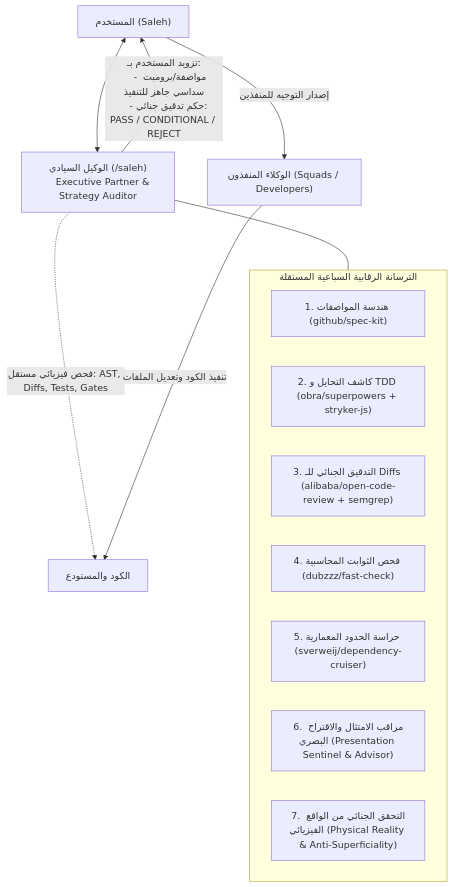
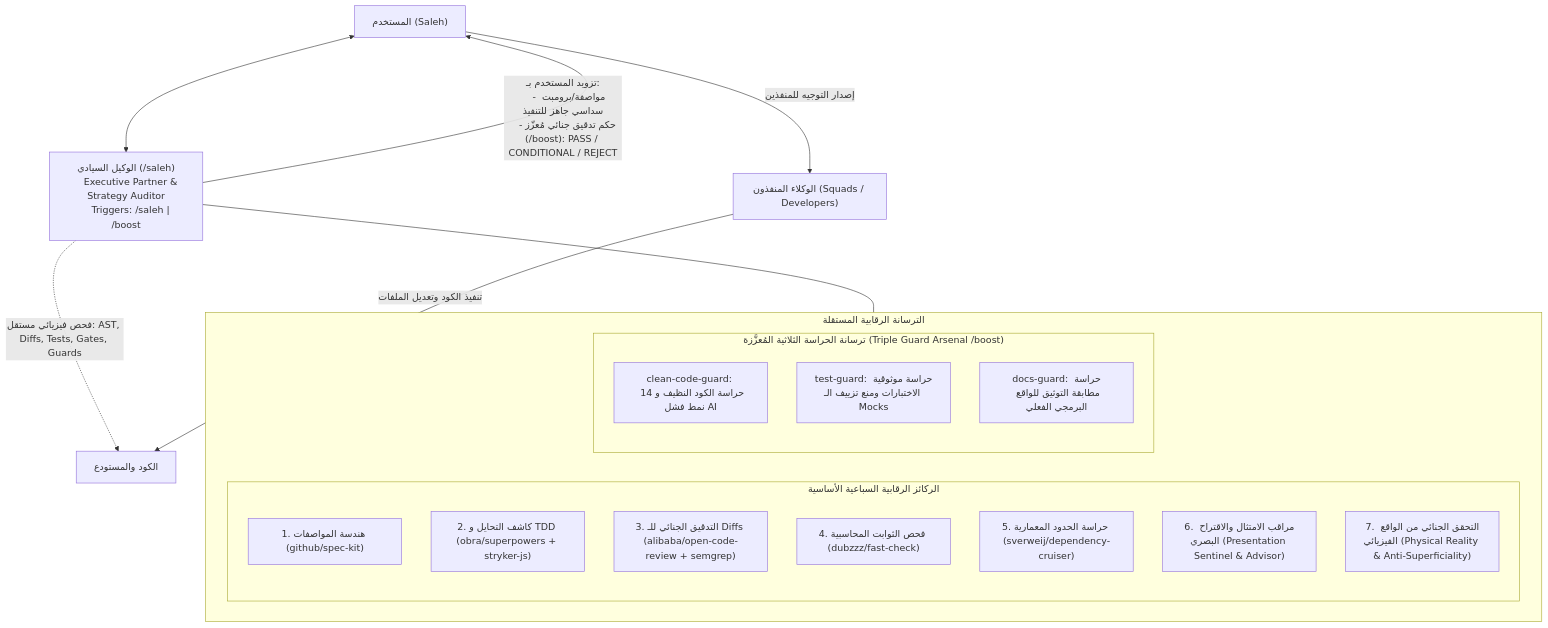
The diagram in .agents/skills/saleh/SKILL.md (SalehOsman/Alsaada-Smart-Bot), drawn with Mermaid before and after one commit. The commit also changed other lines of this file and 103 other files, not shown here.

````diff
--- a/.agents/skills/saleh/SKILL.md
+++ b/.agents/skills/saleh/SKILL.md
@@ -34,23 +35,32 @@
 ```mermaid
 flowchart TD
     User["المستخدم (Saleh)"] <--> SalehAgent["الوكيل السيادي (/saleh)
-    Executive Partner & Strategy Auditor"]
+    Executive Partner & Strategy Auditor
+    Triggers: /saleh | /boost"]
 
-    subgraph Armory["الترسانة الرقابية السباعية المستقلة"]
-        M1["1. هندسة المواصفات (github/spec-kit)"]
-        M2["2. كاشف التحايل و TDD (obra/superpowers + stryker-js)"]
-        M3["3. التدقيق الجنائي للـ Diffs (alibaba/open-code-review + semgrep)"]
-        M4["4. فحص الثوابت المحاسبية (dubzzz/fast-check)"]
-        M5["5. حراسة الحدود المعمارية (sverweij/dependency-cruiser)"]
-        M6["6. مراقب الامتثال والاقتراح البصري (Presentation Sentinel & Advisor)"]
-        M7["7. التحقق الجنائي من الواقع الفيزيائي (Physical Reality & Anti-Superficiality)"]
+    subgraph Armory["الترسانة الرقابية المستقلة"]
+        subgraph Core["الركائز الرقابية السباعية الأساسية"]
+            M1["1. هندسة المواصفات (github/spec-kit)"]
+            M2["2. كاشف التحايل و TDD (obra/superpowers + stryker-js)"]
+            M3["3. التدقيق الجنائي للـ Diffs (alibaba/open-code-review + semgrep)"]
+            M4["4. فحص الثوابت المحاسبية (dubzzz/fast-check)"]
+            M5["5. حراسة الحدود المعمارية (sverweij/dependency-cruiser)"]
+            M6["6. مراقب الامتثال والاقتراح البصري (Presentation Sentinel & Advisor)"]
+            M7["7. التحقق الجنائي من الواقع الفيزيائي (Physical Reality & Anti-Superficiality)"]
+        end
+
+        subgraph TripleGuard["ترسانة الحراسة الثلاثية المُعزَّزة (Triple Guard Arsenal /boost)"]
+            G1["clean-code-guard: حراسة الكود النظيف و 14 نمط فشل AI"]
+            G2["test-guard: حراسة موثوقية الاختبارات ومنع تزييف الـ Mocks"]
+            G3["docs-guard: حراسة مطابقة التوثيق للواقع البرمجي الفعلي"]
+        end
     end
 
     SalehAgent --- Armory
-    SalehAgent -.->|"فحص فيزيائي مستقل: AST, Diffs, Tests, Gates"| Codebase["الكود والمستودع"]
+    SalehAgent -.->|"فحص فيزيائي مستقل: AST, Diffs, Tests, Gates, Guards"| Codebase["الكود والمستودع"]
     SalehAgent -->|"تزويد المستخدم بـ:
     - مواصفة/برومبت سداسي جاهز للتنفيذ
-    - حكم تدقيق جنائي: PASS / CONDITIONAL / REJECT"| User
+    - حكم تدقيق جنائي مُعزّز (/boost): PASS / CONDITIONAL / REJECT"| User
     User -->|"إصدار التوجيه للمنفذين"| WorkerAgents["الوكلاء المنفذون (Squads / Developers)"]
     WorkerAgents -->|"تنفيذ الكود وتعديل الملفات"| Codebase
 ```
````
